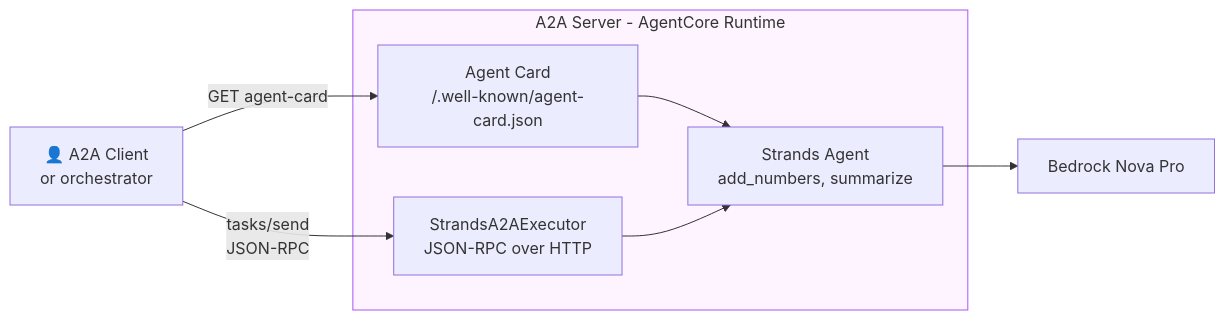
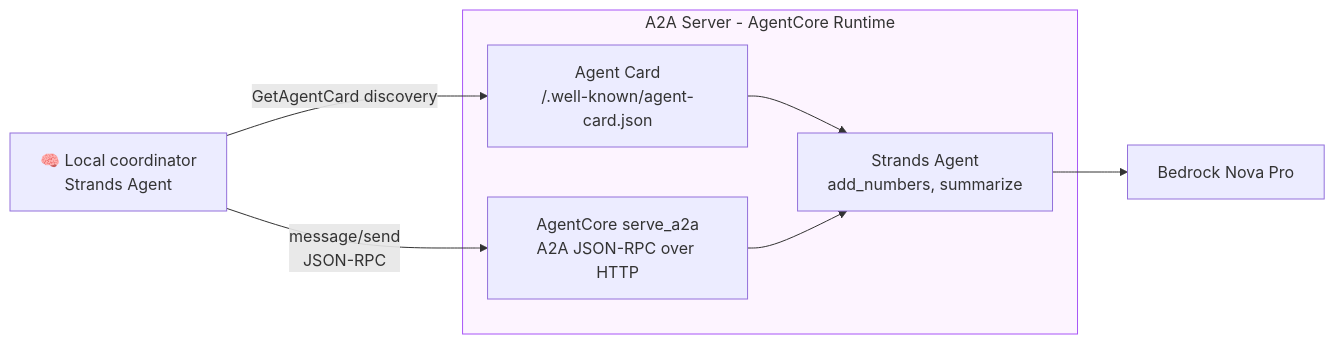
Before and after one commit to anveshmuppeda/agents-on-aws: the first of 3 diagrams in 01-runtime/012-runtime-a2a/README.md, drawn with Mermaid. The commit also changed other lines of this file and 23 other files, not shown here.

````diff
--- a/01-runtime/012-runtime-a2a/README.md
+++ b/01-runtime/012-runtime-a2a/README.md
@@ -25,18 +27,18 @@
 ```mermaid
 flowchart LR
     subgraph A2A["A2A Server  -  AgentCore Runtime"]
         CARD["Agent Card
 /.well-known/agent-card.json"]
-        EXEC["StrandsA2AExecutor
-JSON-RPC over HTTP"]
+        EXEC["AgentCore serve_a2a
+A2A JSON-RPC over HTTP"]
         AGENT["Strands Agent
 add_numbers, summarize"]
         CARD & EXEC --> AGENT
     end
-    CLIENT["👤 A2A Client
-or orchestrator"] -- "tasks/send
+    CLIENT["🧠 Local coordinator
+Strands Agent"] -- "message/send
 JSON-RPC" --> EXEC
-    CLIENT -- "GET agent-card" --> CARD
+    CLIENT -- "GetAgentCard discovery" --> CARD
     AGENT --> B["Bedrock Nova Pro"]
     style A2A fill:#fdf4ff,stroke:#a855f7
 ```
````
